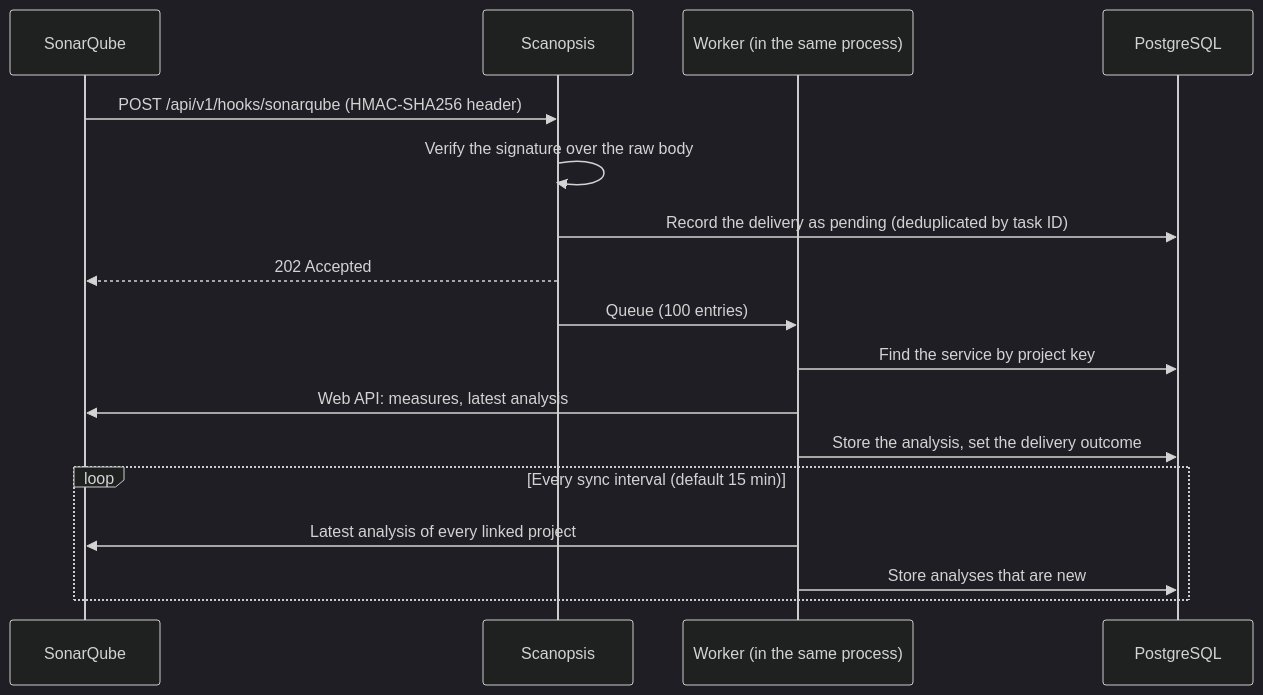
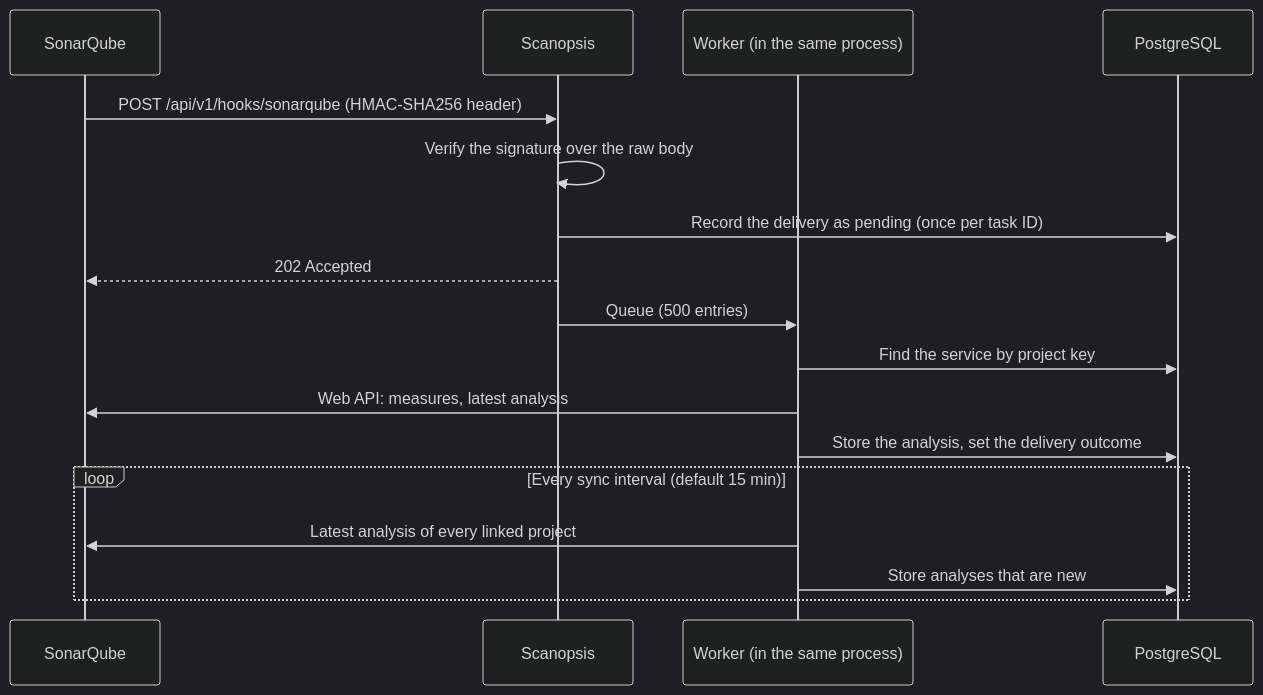
The fourth of 5 diagrams in docs/architecture.md (siyamsarker/scanopsis), drawn with Mermaid (dark theme) before and after one commit. The commit also changed other lines of this file, not shown here.

First line of the commit message:
docs: rewrite the architecture page

````diff
--- a/docs/architecture.md
+++ b/docs/architecture.md
@@ -118,19 +128,19 @@
 ```mermaid
 sequenceDiagram
     participant Q as SonarQube
     participant S as Scanopsis
     participant W as Worker (in the same process)
     participant D as PostgreSQL
     Q->>S: POST /api/v1/hooks/sonarqube (HMAC-SHA256 header)
     S->>S: Verify the signature over the raw body
-    S->>D: Record the delivery as pending (deduplicated by task ID)
+    S->>D: Record the delivery as pending (once per task ID)
     S-->>Q: 202 Accepted
-    S->>W: Queue (100 entries)
+    S->>W: Queue (500 entries)
     W->>D: Find the service by project key
     W->>Q: Web API: measures, latest analysis
     W->>D: Store the analysis, set the delivery outcome
     loop Every sync interval (default 15 min)
         W->>Q: Latest analysis of every linked project
         W->>D: Store analyses that are new
     end
 ```
````
